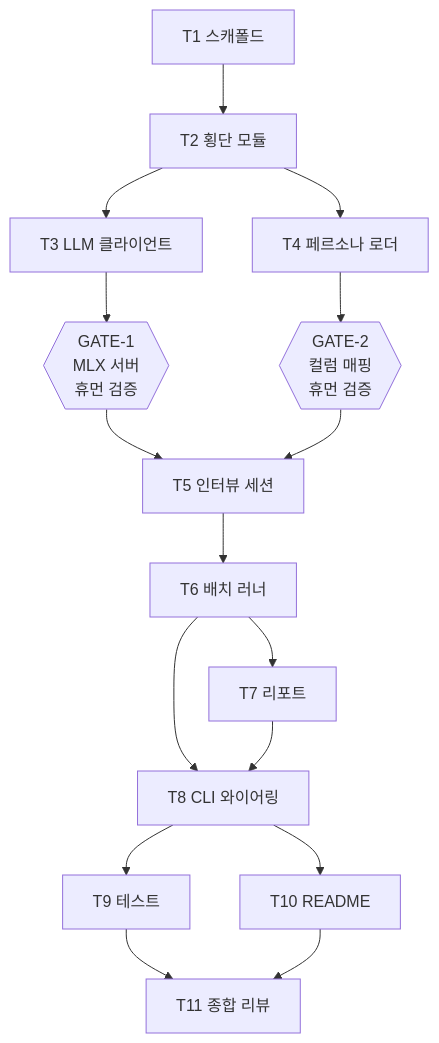
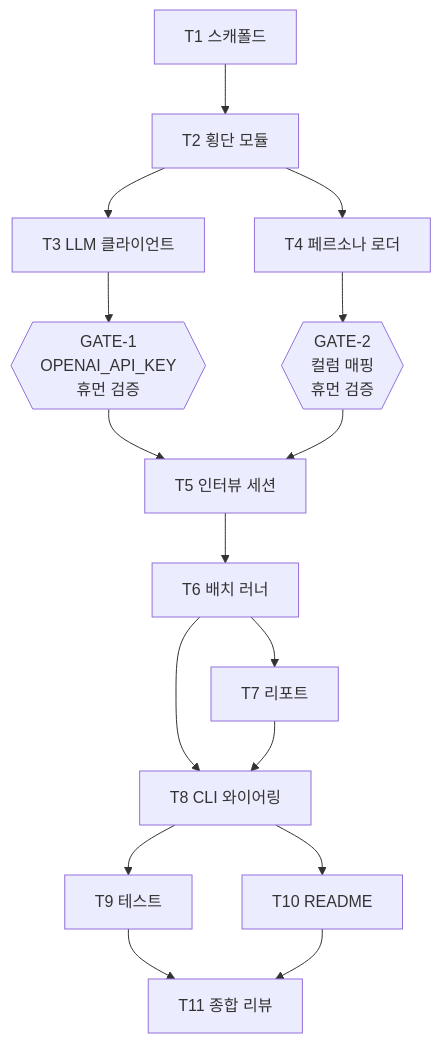
Before and after one commit to binaryloader/korea-persona-interview: the diagram in docs/tasks/korea-persona-interview.md, drawn with Mermaid. The commit also changed other lines of this file and 5 other files, not shown here.

````diff
--- a/docs/tasks/korea-persona-interview.md
+++ b/docs/tasks/korea-persona-interview.md
@@ -33,18 +33,18 @@
 ```mermaid
 flowchart TD
     T1[T1 스캐폴드] --> T2[T2 횡단 모듈]
     T2 --> T3[T3 LLM 클라이언트]
     T2 --> T4[T4 페르소나 로더]
-    T3 --> GATE1{{GATE-1<br/>MLX 서버<br/>휴먼 검증}}
+    T3 --> GATE1{{GATE-1<br/>OPENAI_API_KEY<br/>휴먼 검증}}
     T4 --> GATE2{{GATE-2<br/>컬럼 매핑<br/>휴먼 검증}}
     GATE1 --> T5[T5 인터뷰 세션]
     GATE2 --> T5
     T5 --> T6[T6 배치 러너]
     T6 --> T7[T7 리포트]
     T6 --> T8[T8 CLI 와이어링]
     T7 --> T8
     T8 --> T9[T9 테스트]
     T8 --> T10[T10 README]
     T9 --> T11[T11 종합 리뷰]
     T10 --> T11
 ```
````
